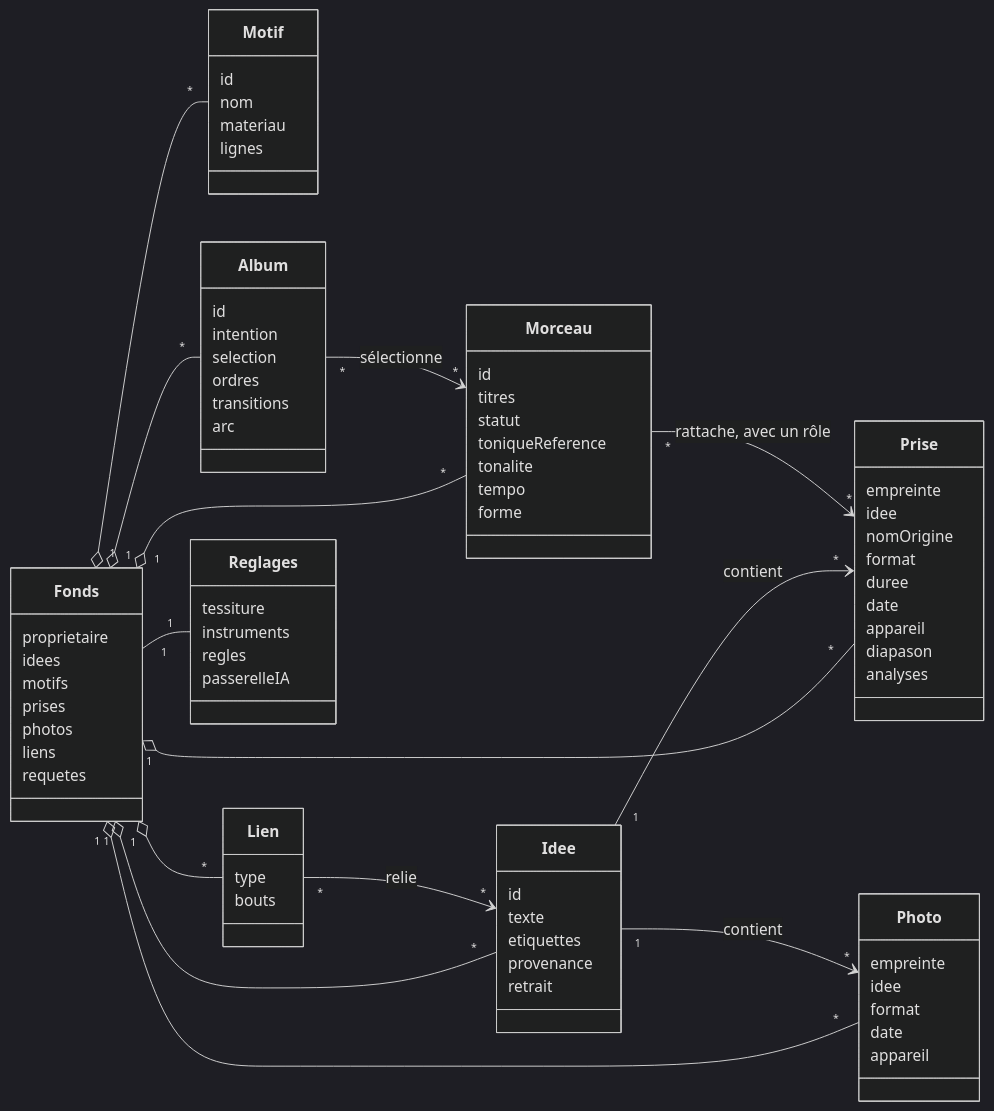
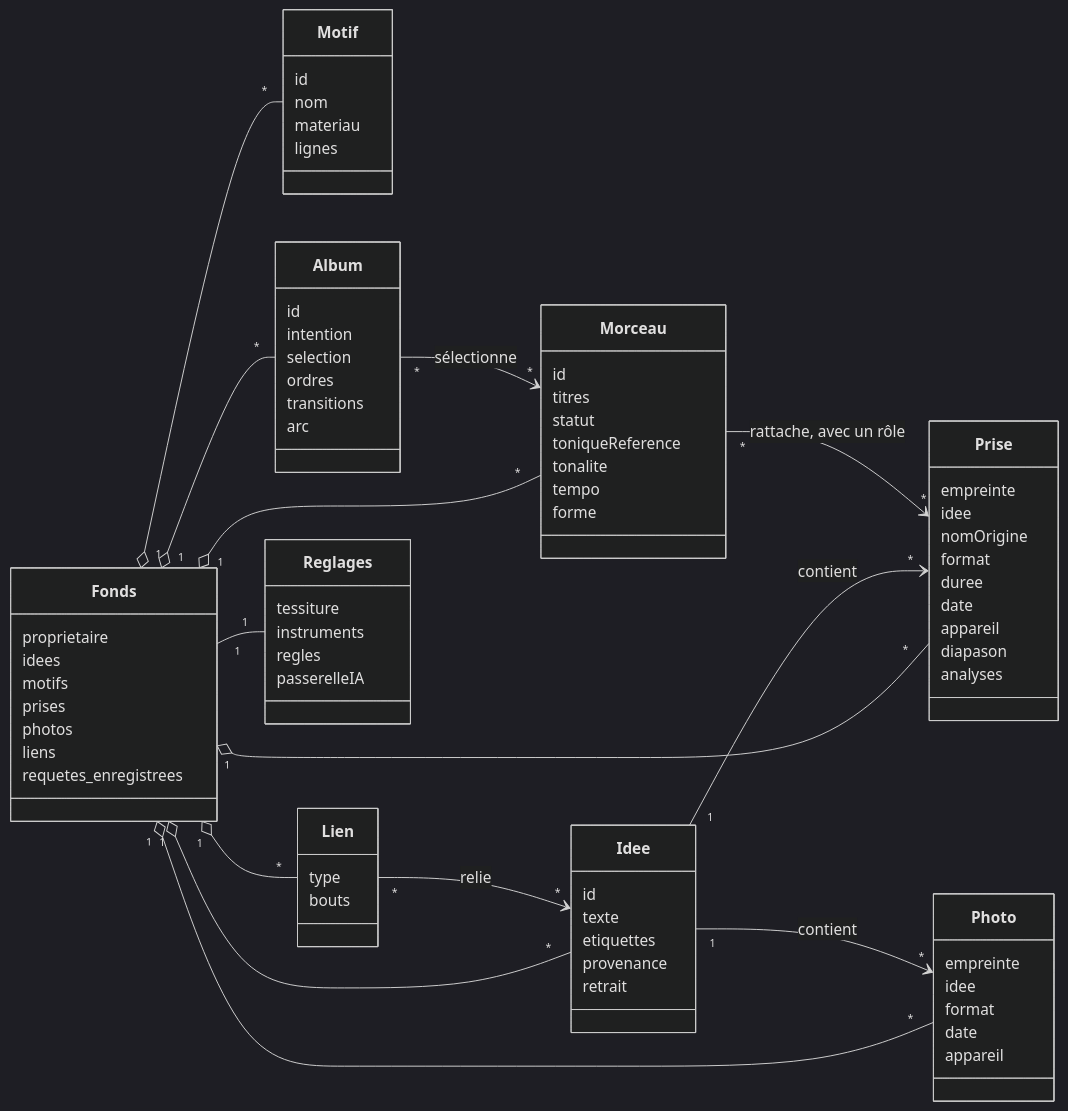
The first of 7 diagrams in docs/30-modele-de-domaine.md (EdouardZemb/pupitre), drawn with Mermaid (dark theme) before and after one commit. The commit also changed other lines of this file and 47 other files, not shown here.

```diff
--- a/docs/30-modele-de-domaine.md
+++ b/docs/30-modele-de-domaine.md
@@ -23,7 +23,7 @@
     prises
     photos
     liens
-    requetes
+    requetes_enregistrees
   }
   class Idee {
     id
```
